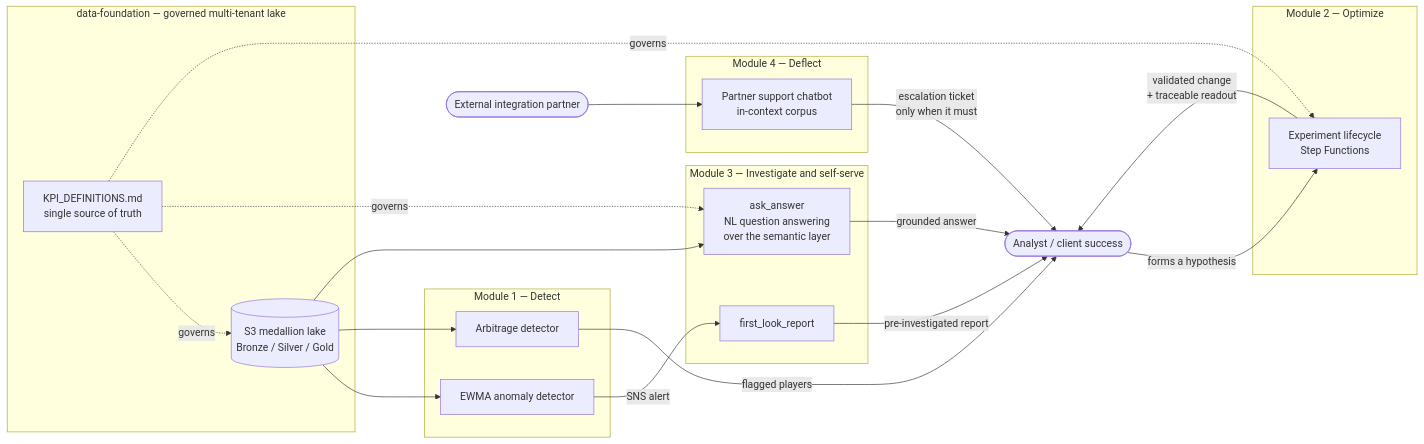
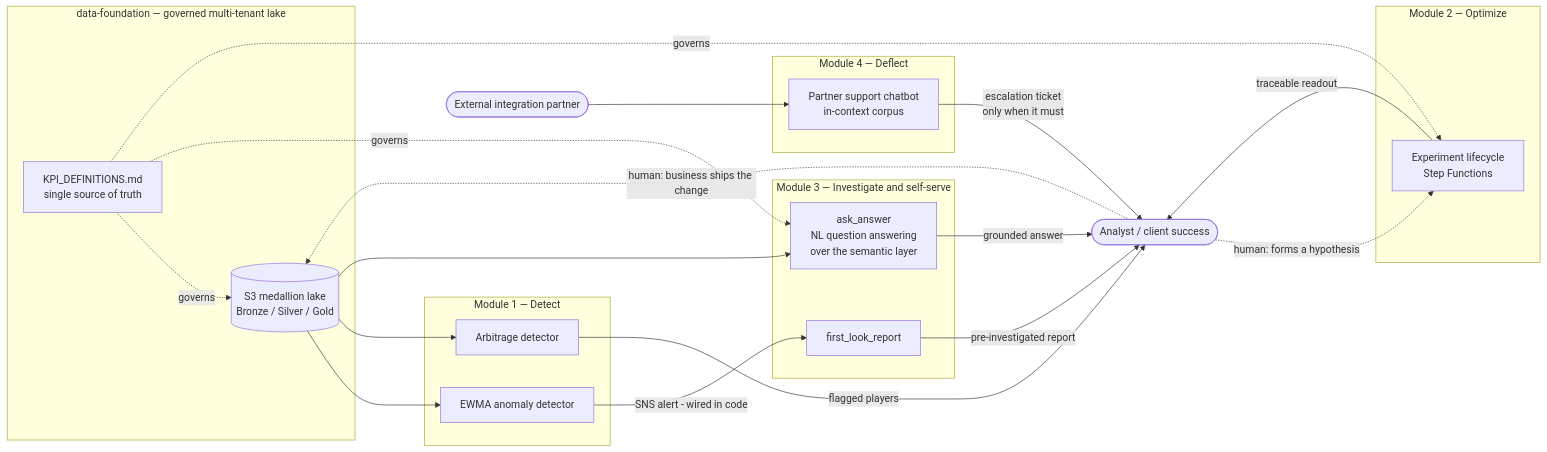
The first of 8 diagrams in diagrams/README.md (leonlaiyc/aws_game_data_platform), drawn with Mermaid before and after one commit. The commit also changed other lines of this file and 1 other file, not shown here.

First line of the commit message:
Fix the closed-loop diagram: distinguish wired edges from human decisions

````diff
--- a/diagrams/README.md
+++ b/diagrams/README.md
@@ -19,44 +25,45 @@
 ```mermaid
 flowchart LR
     subgraph F["data-foundation — governed multi-tenant lake"]
         LAKE[("S3 medallion lake<br/>Bronze / Silver / Gold")]
         KPI["KPI_DEFINITIONS.md<br/>single source of truth"]
     end
 
     subgraph M1["Module 1 — Detect"]
         EWMA["EWMA anomaly detector"]
         ARB["Arbitrage detector"]
     end
 
     subgraph M3["Module 3 — Investigate and self-serve"]
         ASK["ask_answer<br/>NL question answering<br/>over the semantic layer"]
         FLR["first_look_report"]
     end
 
     subgraph M2["Module 2 — Optimize"]
         EXP["Experiment lifecycle<br/>Step Functions"]
     end
 
     subgraph M4["Module 4 — Deflect"]
         BOT["Partner support chatbot<br/>in-context corpus"]
     end
 
     ANALYST(["Analyst / client success"])
     PARTNER(["External integration partner"])
     PARTNER --> BOT
     BOT -->|"escalation ticket<br/>only when it must"| ANALYST
 
     LAKE --> EWMA
     LAKE --> ARB
     LAKE --> ASK
-    EWMA -->|"SNS alert"| FLR
+    EWMA -->|"SNS alert - wired in code"| FLR
     FLR -->|"pre-investigated report"| ANALYST
     ASK -->|"grounded answer"| ANALYST
     ARB -->|"flagged players"| ANALYST
-    ANALYST -->|"forms a hypothesis"| EXP
-    EXP -->|"validated change<br/>+ traceable readout"| ANALYST
+    ANALYST -.->|"human: forms a hypothesis"| EXP
+    EXP -->|"traceable readout"| ANALYST
+    ANALYST -.->|"human: business ships the change"| LAKE
 
     KPI -.->|governs| LAKE
     KPI -.->|governs| ASK
     KPI -.->|governs| EXP
 ```
````
